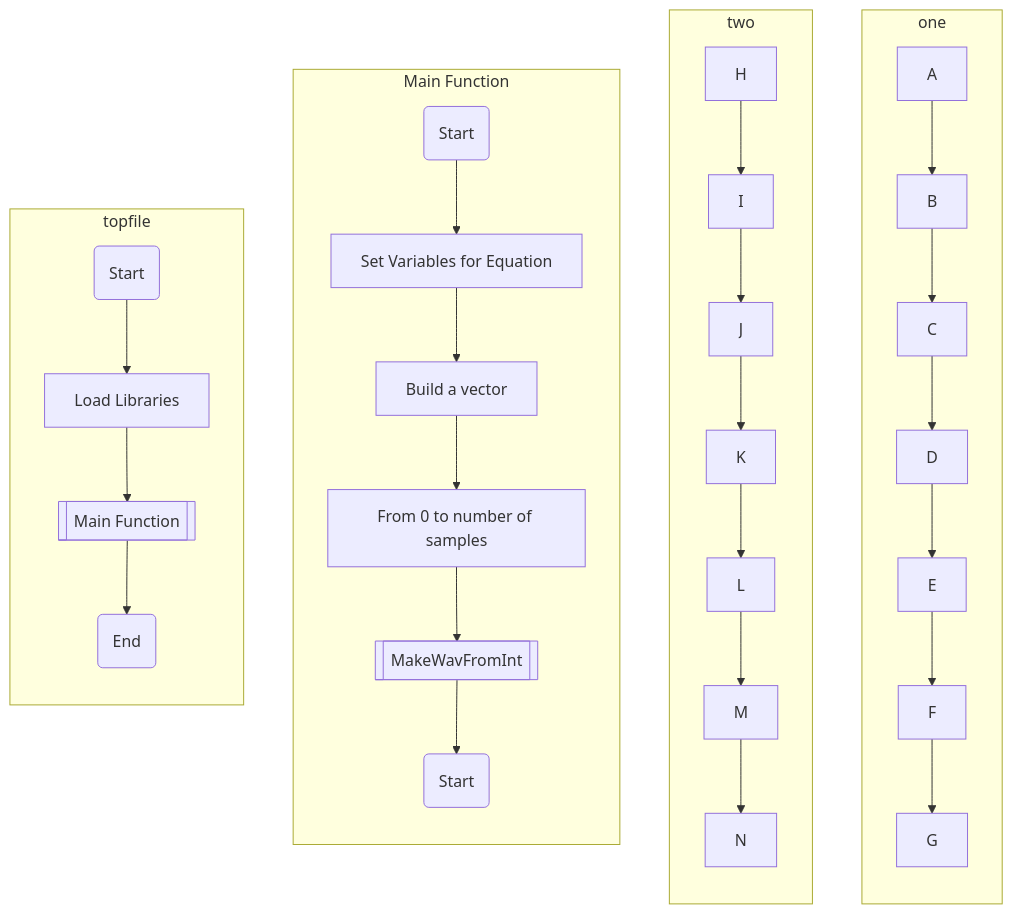
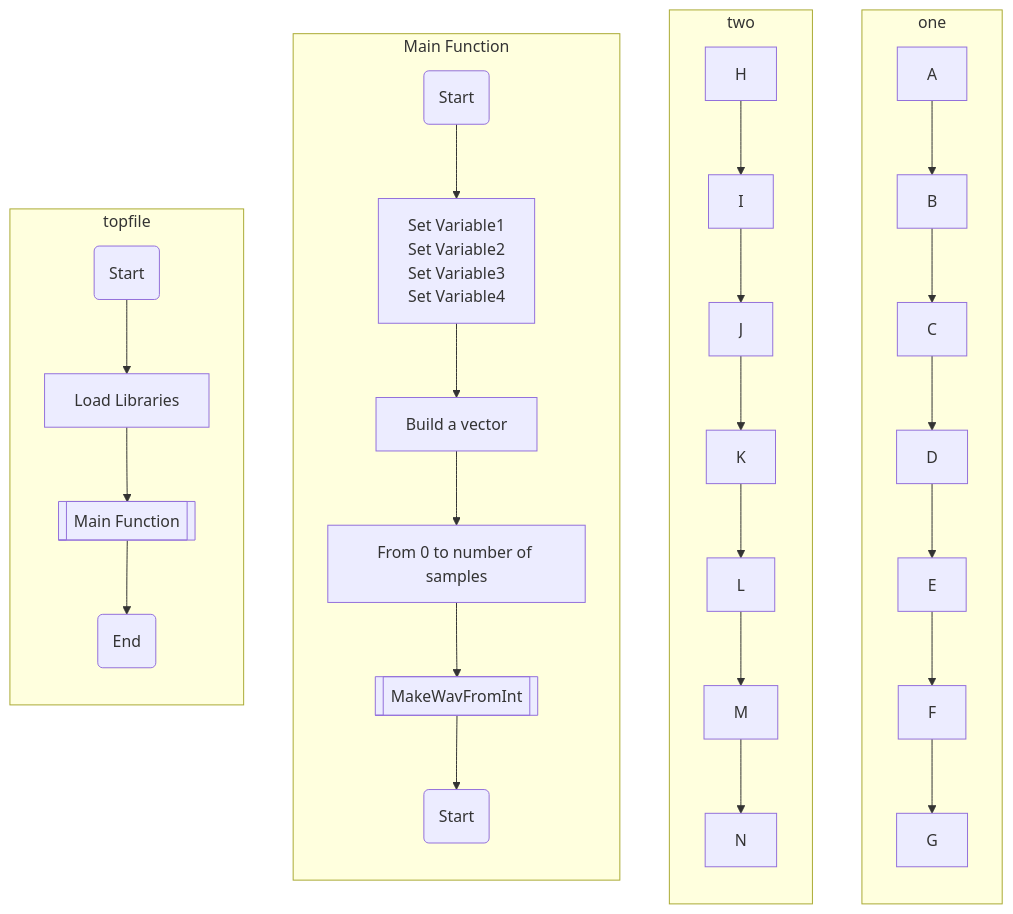
Before and after one commit to brolonium210/ENGR101_MD: the diagram in project01FlowchartCore.md, drawn with Mermaid.

````diff
--- a/project01FlowchartCore.md
+++ b/project01FlowchartCore.md
@@ -1,36 +1,40 @@
 ```mermaid
 
 flowchart TB
 subgraph one
 direction TB
 A-->B
 B-->C
 C-->D
 D-->E
 E-->F
 F-->G
 end
 subgraph two
 direction TB 
 H-->I
 I-->J
 J-->K
 K-->L
 L-->M
 M-->N
 end
 subgraph Main Function
 direction TB 
 O(Start)-->P
-P[Set Variables for Equation]-->Q
+P["Set Variable1
+Set Variable2
+Set Variable3
+Set Variable4
+"]-->Q
 Q[Build a vector]-->R
 R[From 0 to number of samples]-->S
 S[[MakeWavFromInt]]-->T(Start)
 end
 subgraph topfile
 direction TB 
 V(Start)-->W[Load Libraries]
 W-->X[[Main Function]]
 X-->Y(End)
 end
 ```
````
